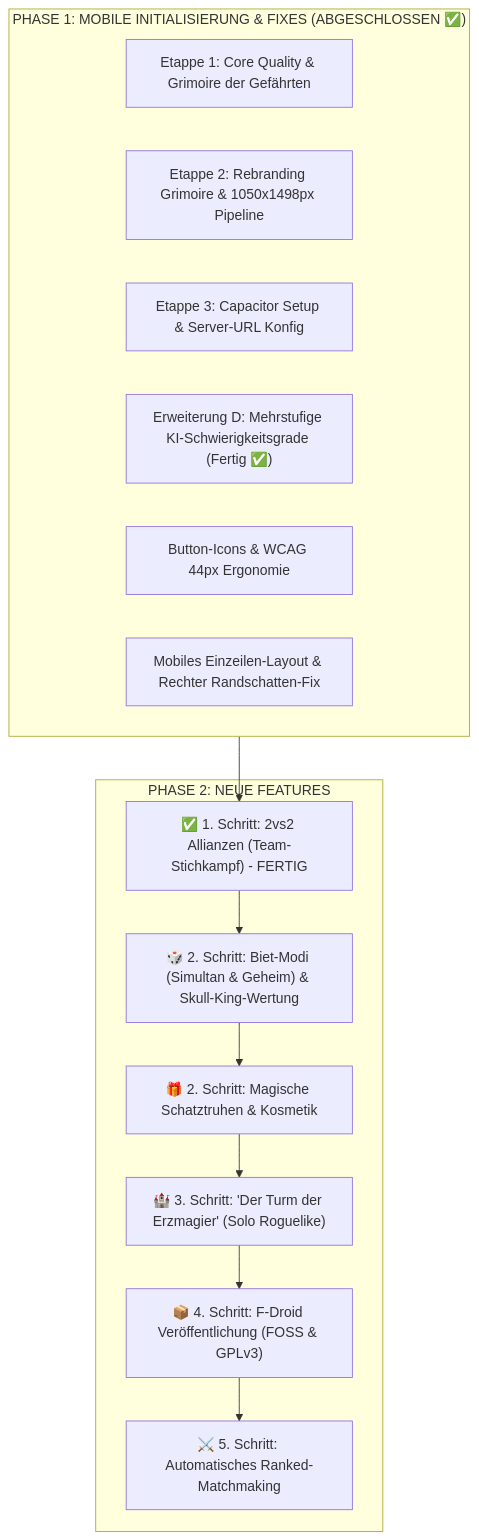
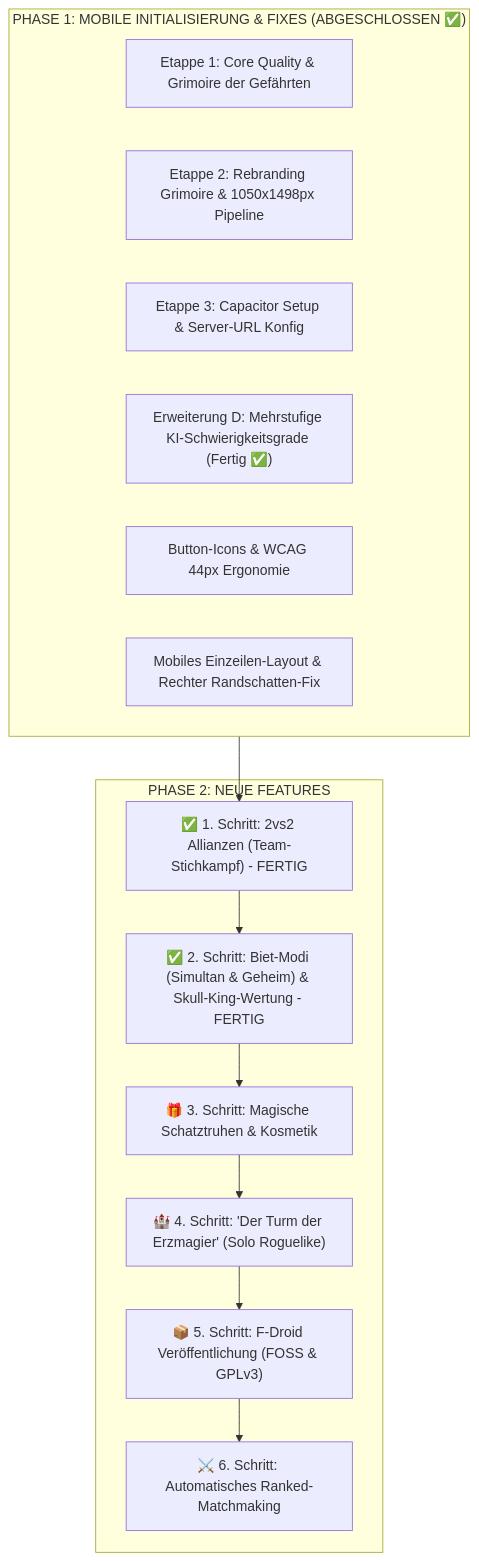
One commit to Apfeltaeschchen/wizard-game changed the diagram in ROADMAP.md. Above: the diagram before and after it, drawn with Mermaid. The commit also changed other lines of this file and 5 other files, not shown here.

````diff
--- a/ROADMAP.md
+++ b/ROADMAP.md
@@ -54,22 +54,22 @@
 ```mermaid
 flowchart TD
     subgraph P1["PHASE 1: MOBILE INITIALISIERUNG & FIXES (ABGESCHLOSSEN ✅)"]
         E3_1["Etappe 1: Core Quality & Grimoire der Gefährten"]
         E3_2["Etappe 2: Rebranding Grimoire & 1050x1498px Pipeline"]
         E3_3["Etappe 3: Capacitor Setup & Server-URL Konfig"]
         S2D["Erweiterung D: Mehrstufige KI-Schwierigkeitsgrade (Fertig ✅)"]
         P_ICONS["Button-Icons & WCAG 44px Ergonomie"]
         P_MOB["Mobiles Einzeilen-Layout & Rechter Randschatten-Fix"]
     end
 
     subgraph P2["PHASE 2: NEUE FEATURES"]
         S_2V2["✅ 1. Schritt: 2vs2 Allianzen (Team-Stichkampf) - FERTIG"]
-        S_BID["🎲 2. Schritt: Biet-Modi (Simultan & Geheim) & Skull-King-Wertung"]
-        S_LOOT["🎁 2. Schritt: Magische Schatztruhen & Kosmetik"]
-        S_TOWER["🏰 3. Schritt: 'Der Turm der Erzmagier' (Solo Roguelike)"]
-        S_FDROID["📦 4. Schritt: F-Droid Veröffentlichung (FOSS & GPLv3)"]
-        S_RANKED["⚔️ 5. Schritt: Automatisches Ranked-Matchmaking"]
+        S_BID["✅ 2. Schritt: Biet-Modi (Simultan & Geheim) & Skull-King-Wertung - FERTIG"]
+        S_LOOT["🎁 3. Schritt: Magische Schatztruhen & Kosmetik"]
+        S_TOWER["🏰 4. Schritt: 'Der Turm der Erzmagier' (Solo Roguelike)"]
+        S_FDROID["📦 5. Schritt: F-Droid Veröffentlichung (FOSS & GPLv3)"]
+        S_RANKED["⚔️ 6. Schritt: Automatisches Ranked-Matchmaking"]
     end
 
     P1 --> S_2V2 --> S_BID --> S_LOOT --> S_TOWER --> S_FDROID --> S_RANKED
 ```
````
